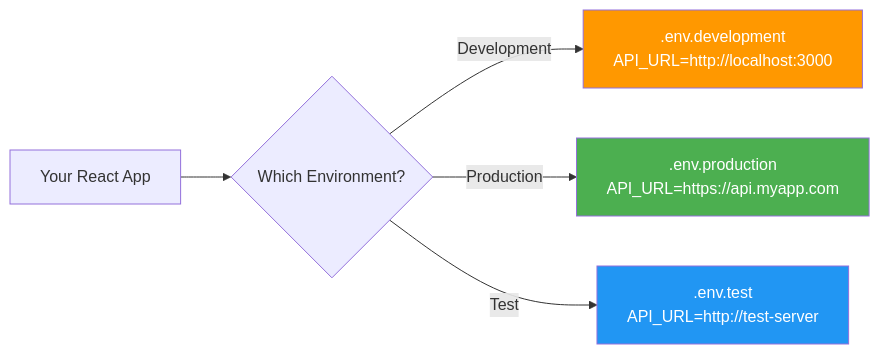
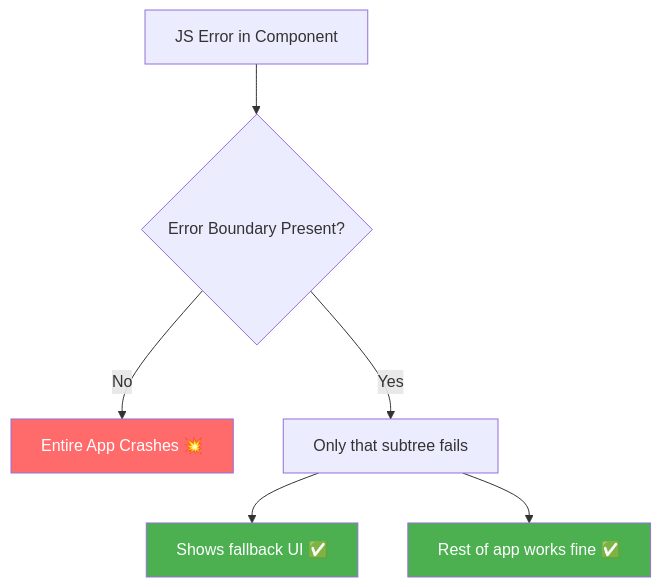
Before and after one commit to Maksof-waqarahmed/Web-Development-2-ReactJs: the first of 2 diagrams in React/week_12/class_1/README.md, drawn with Mermaid. The commit also changed other lines of this file and 25 other files, not shown here.

````diff
--- a/React/week_12/class_1/README.md
+++ b/React/week_12/class_1/README.md
@@ -25,10 +24,11 @@
 ```mermaid
-graph LR
-    A[Your React App] --> B{Which Environment?}
-    B -->|Development| C[.env.development\nAPI_URL=http://localhost:3000]
-    B -->|Production| D[.env.production\nAPI_URL=https://api.myapp.com]
-    B -->|Test| E[.env.test\nAPI_URL=http://test-server]
-    style C fill:#ff9800,color:#fff
-    style D fill:#4caf50,color:#fff
-    style E fill:#2196f3,color:#fff
+graph TD
+    A[JS Error in Component] --> B{Error Boundary Present?}
+    B -->|No| C[Entire App Crashes 💥]
+    B -->|Yes| D[Only that subtree fails]
+    D --> E[Shows fallback UI ✅]
+    D --> F[Rest of app works fine ✅]
+    style C fill:#ff6b6b,color:#fff
+    style E fill:#4caf50,color:#fff
+    style F fill:#4caf50,color:#fff
 ```
````
